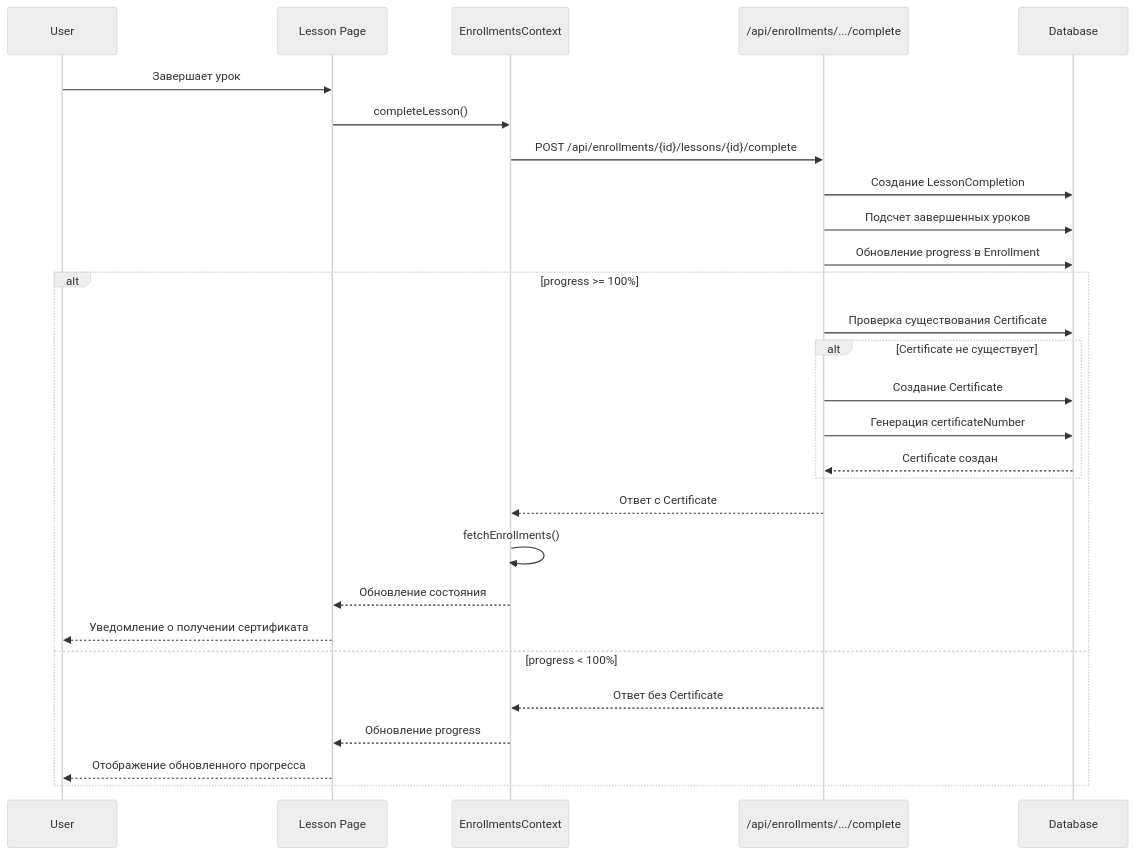
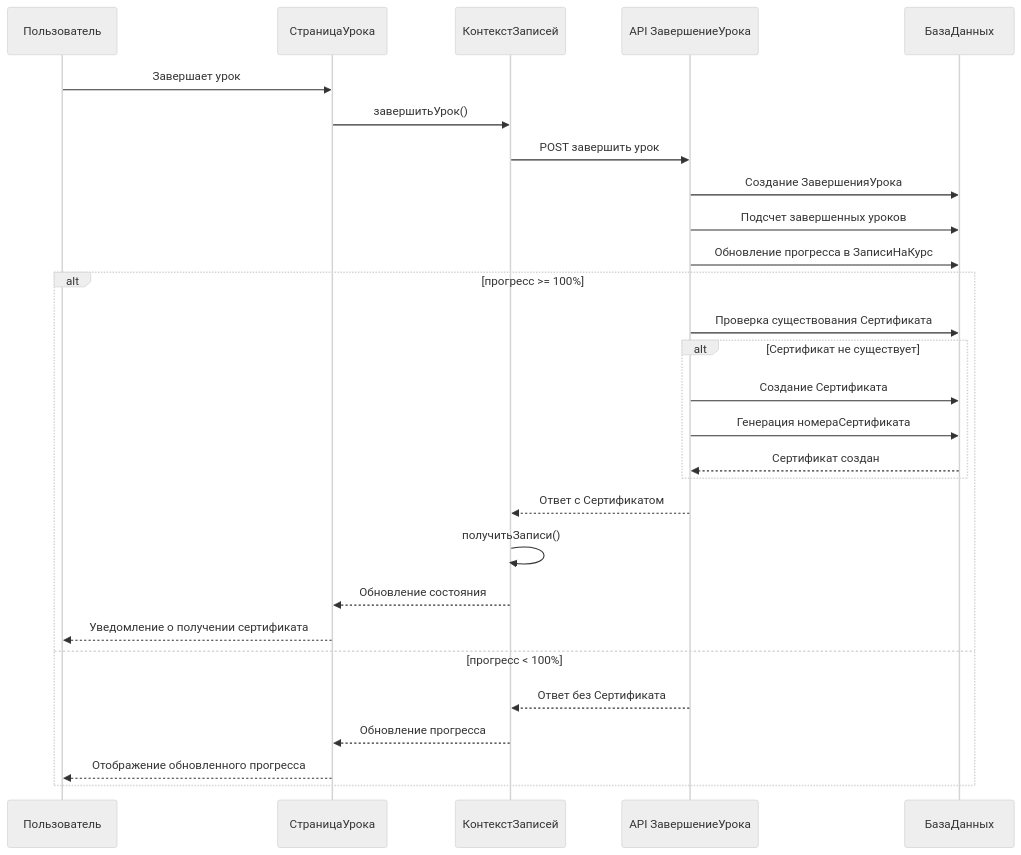
The fifth of 8 diagrams in docs/uml-diagrams.md (KyaamiRei/frontend), drawn with Mermaid (neutral theme) before and after one commit. The commit also changed other lines of this file, not shown here.

Commit message:
Translate UML diagrams and class models to Russian: Update terminology in UML diagrams and class definitions to enhance accessibility for Russian-speaking users. Ensure consistency across user, course, lesson, and related models.

````diff
--- a/docs/uml-diagrams.md
+++ b/docs/uml-diagrams.md
@@ -351,32 +351,32 @@
 ```mermaid
 sequenceDiagram
-    participant U as User
-    participant LP as Lesson Page
-    participant EC as EnrollmentsContext
-    participant API as /api/enrollments/.../complete
-    participant DB as Database
+    participant П as Пользователь
+    participant СУ as СтраницаУрока
+    participant КЗ as КонтекстЗаписей
+    participant API as API ЗавершениеУрока
+    participant БД as БазаДанных
     
-    U->>LP: Завершает урок
-    LP->>EC: completeLesson()
-    EC->>API: POST /api/enrollments/{id}/lessons/{id}/complete
-    API->>DB: Создание LessonCompletion
-    API->>DB: Подсчет завершенных уроков
-    API->>DB: Обновление progress в Enrollment
+    П->>СУ: Завершает урок
+    СУ->>КЗ: завершитьУрок()
+    КЗ->>API: POST завершить урок
+    API->>БД: Создание ЗавершенияУрока
+    API->>БД: Подсчет завершенных уроков
+    API->>БД: Обновление прогресса в ЗаписиНаКурс
     
-    alt progress >= 100%
-        API->>DB: Проверка существования Certificate
-        alt Certificate не существует
-            API->>DB: Создание Certificate
-            API->>DB: Генерация certificateNumber
-            DB-->>API: Certificate создан
+    alt прогресс >= 100%
+        API->>БД: Проверка существования Сертификата
+        alt Сертификат не существует
+            API->>БД: Создание Сертификата
+            API->>БД: Генерация номераСертификата
+            БД-->>API: Сертификат создан
         end
-        API-->>EC: Ответ с Certificate
-        EC->>EC: fetchEnrollments()
-        EC-->>LP: Обновление состояния
-        LP-->>U: Уведомление о получении сертификата
-    else progress < 100%
-        API-->>EC: Ответ без Certificate
-        EC-->>LP: Обновление progress
-        LP-->>U: Отображение обновленного прогресса
+        API-->>КЗ: Ответ с Сертификатом
+        КЗ->>КЗ: получитьЗаписи()
+        КЗ-->>СУ: Обновление состояния
+        СУ-->>П: Уведомление о получении сертификата
+    else прогресс < 100%
+        API-->>КЗ: Ответ без Сертификата
+        КЗ-->>СУ: Обновление прогресса
+        СУ-->>П: Отображение обновленного прогресса
     end
 ```
````
